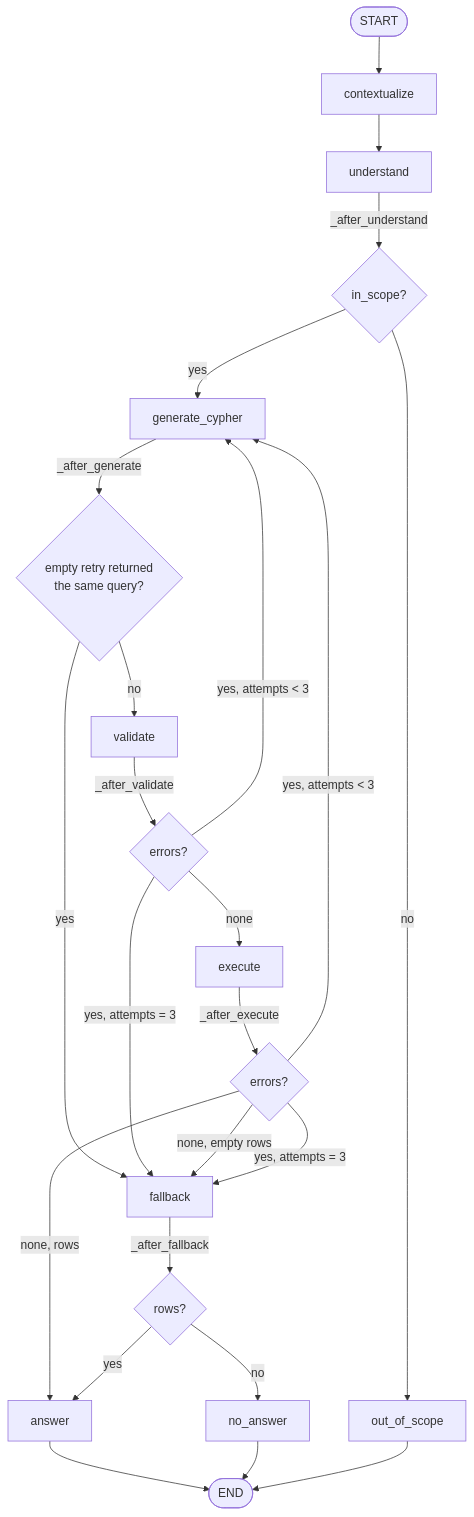
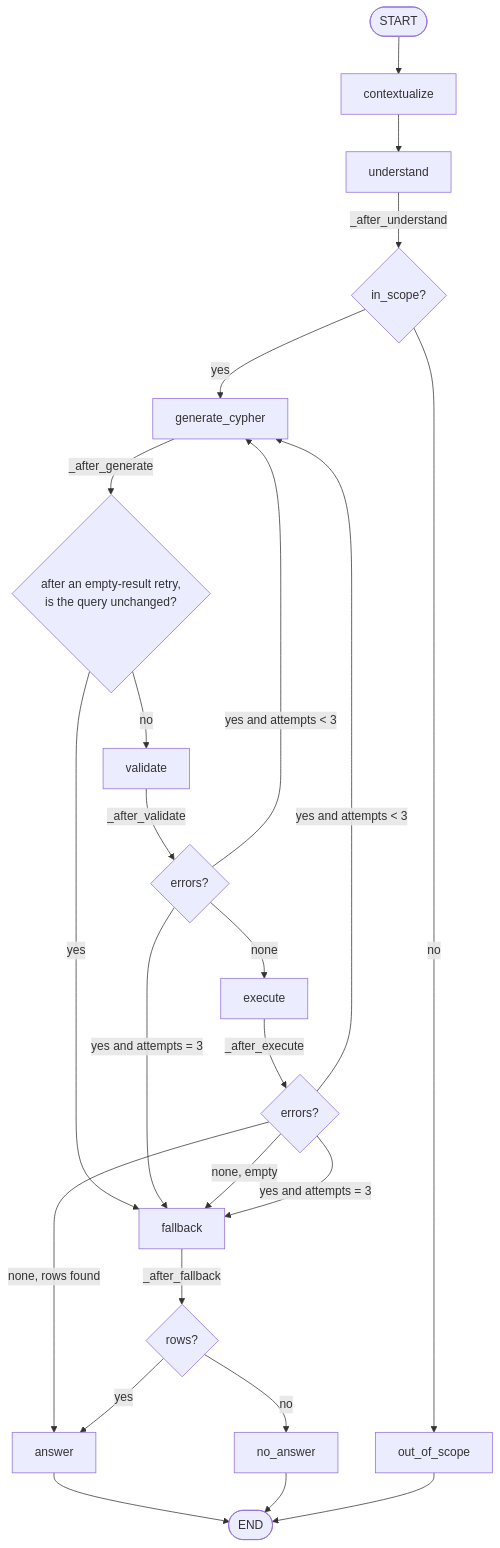
The fourth of 6 diagrams in docs/flow.md (praneethnarayanan2002-lab/medigraph-llm-rag), drawn with Mermaid before and after one commit. The commit also changed other lines of this file, not shown here.

Commit message:
Rewrite flow doc: explain the basics first, then trace every step in detail

````diff
--- a/docs/flow.md
+++ b/docs/flow.md
@@ -450,26 +1062,26 @@
 ```mermaid
 flowchart TD
     START([START]) --> C[contextualize]
     C --> U[understand]
     U -->|_after_understand| R1{in_scope?}
     R1 -->|no| OOS[out_of_scope]
     R1 -->|yes| G[generate_cypher]
-    G -->|_after_generate| R2{empty retry returned<br/>the same query?}
+    G -->|_after_generate| R2{after an empty-result retry,<br/>is the query unchanged?}
     R2 -->|yes| F[fallback]
     R2 -->|no| V[validate]
     V -->|_after_validate| R3{errors?}
     R3 -->|none| E[execute]
-    R3 -->|yes, attempts < 3| G
-    R3 -->|yes, attempts = 3| F
+    R3 -->|yes and attempts < 3| G
+    R3 -->|yes and attempts = 3| F
     E -->|_after_execute| R4{errors?}
-    R4 -->|none, rows| A[answer]
-    R4 -->|none, empty rows| F
-    R4 -->|yes, attempts < 3| G
-    R4 -->|yes, attempts = 3| F
+    R4 -->|none, rows found| A[answer]
+    R4 -->|none, empty| F
+    R4 -->|yes and attempts < 3| G
+    R4 -->|yes and attempts = 3| F
     F -->|_after_fallback| R5{rows?}
     R5 -->|yes| A
     R5 -->|no| NA[no_answer]
     A --> END([END])
     NA --> END
     OOS --> END
 ```
````
